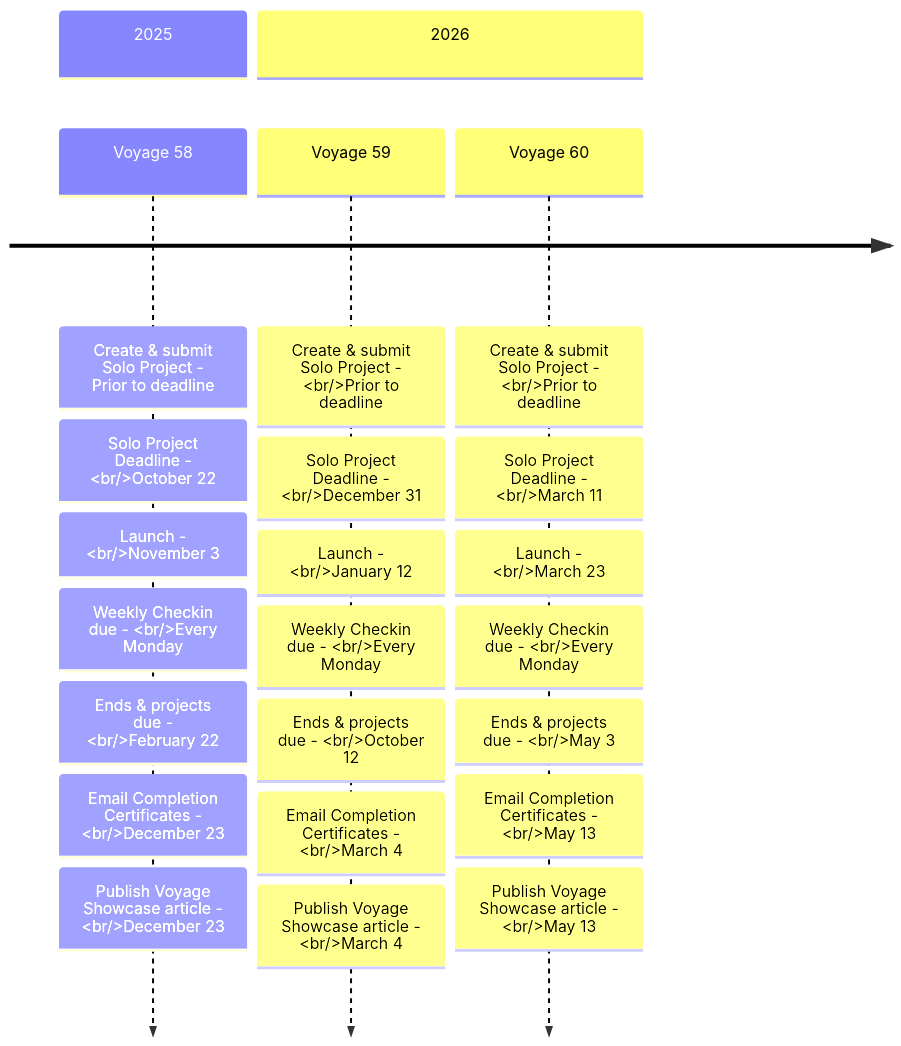
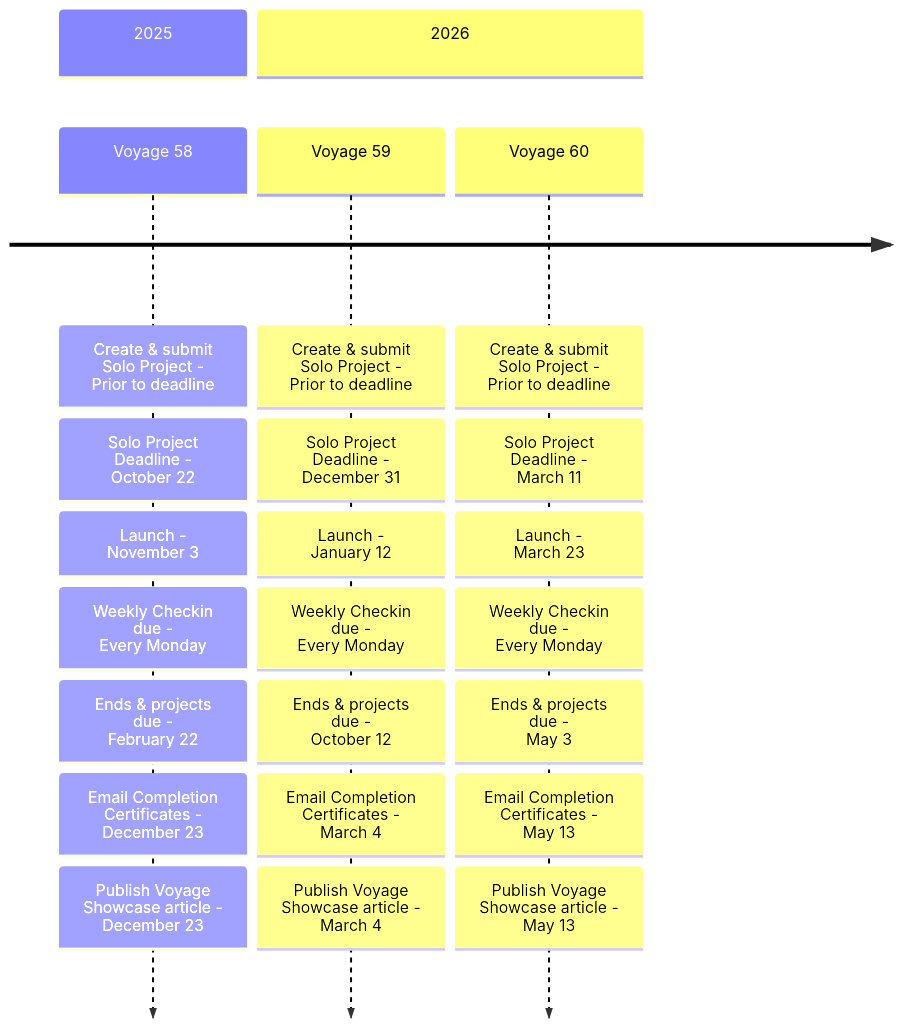
The first of 3 diagrams in docs/guides/voyage/voyage.md (chingu-voyages/Handbook), drawn with Mermaid before and after one commit.

Commit message:
Feature: Update to use correct <br> tag syntax

````diff
--- a/docs/guides/voyage/voyage.md
+++ b/docs/guides/voyage/voyage.md
@@ -31,26 +31,26 @@
 ```mermaid
   timeline
     section 2025
       Voyage 58: Create & submit Solo Project - <br>Prior to deadline
-               : Solo Project Deadline - <br/>October 22
-               : Launch - <br/>November 3
-               : Weekly Checkin due - <br/>Every Monday
-               : Ends & projects due - <br/>February 22
-               : Email Completion Certificates - <br/>December 23
-               : Publish Voyage Showcase article - <br/>December 23
+               : Solo Project Deadline - <br>October 22
+               : Launch - <br>November 3
+               : Weekly Checkin due - <br>Every Monday
+               : Ends & projects due - <br>February 22
+               : Email Completion Certificates - <br>December 23
+               : Publish Voyage Showcase article - <br>December 23
     section 2026
-      Voyage 59: Create & submit Solo Project - <br/>Prior to deadline
-               : Solo Project Deadline - <br/>December 31
-               : Launch - <br/>January 12
-               : Weekly Checkin due - <br/>Every Monday
-               : Ends & projects due - <br/>October 12
-               : Email Completion Certificates - <br/>March 4
-               : Publish Voyage Showcase article - <br/>March 4
-      Voyage 60: Create & submit Solo Project - <br/>Prior to deadline
-               : Solo Project Deadline - <br/>March 11
-               : Launch - <br/>March 23 
-               : Weekly Checkin due - <br/>Every Monday
-               : Ends & projects due - <br/>May 3
-               : Email Completion Certificates - <br/>May 13
-               : Publish Voyage Showcase article - <br/>May 13
+      Voyage 59: Create & submit Solo Project - <br>Prior to deadline
+               : Solo Project Deadline - <br>December 31
+               : Launch - <br>January 12
+               : Weekly Checkin due - <br>Every Monday
+               : Ends & projects due - <br>October 12
+               : Email Completion Certificates - <br>March 4
+               : Publish Voyage Showcase article - <br>March 4
+      Voyage 60: Create & submit Solo Project - <br>Prior to deadline
+               : Solo Project Deadline - <br>March 11
+               : Launch - <br>March 23 
+               : Weekly Checkin due - <br>Every Monday
+               : Ends & projects due - <br>May 3
+               : Email Completion Certificates - <br>May 13
+               : Publish Voyage Showcase article - <br>May 13
 ```
````
